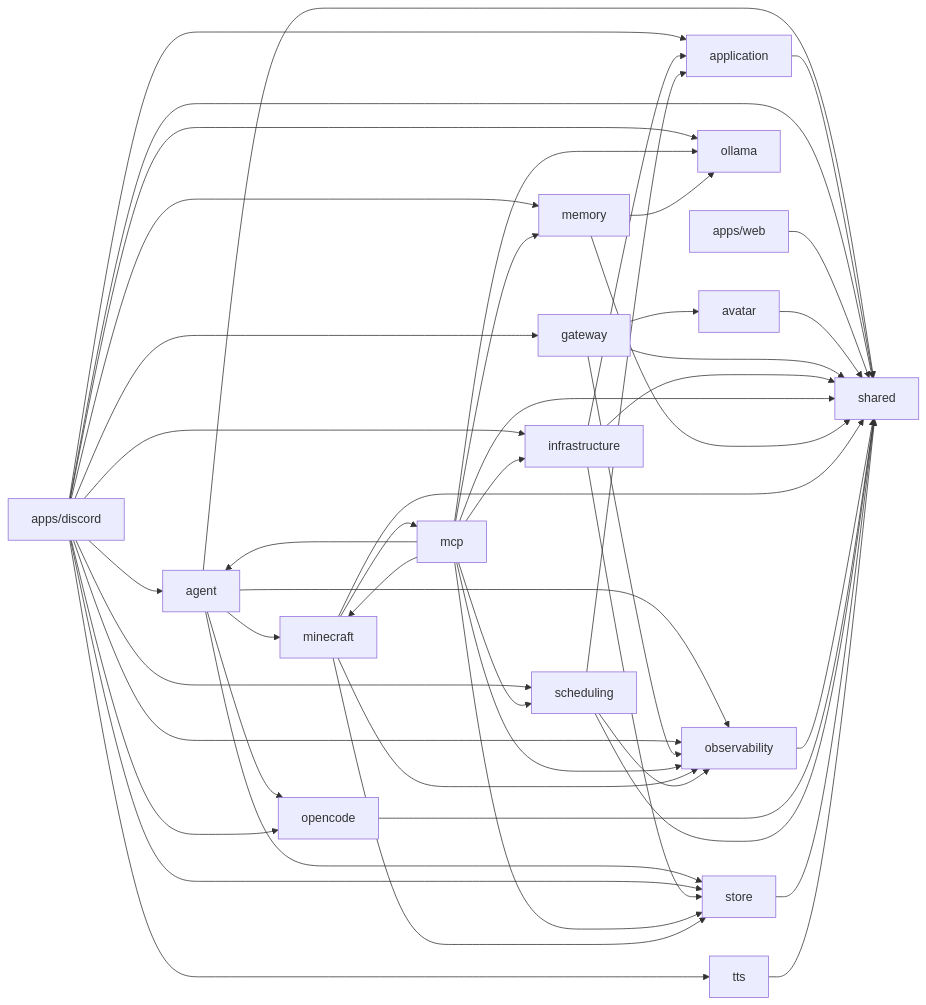
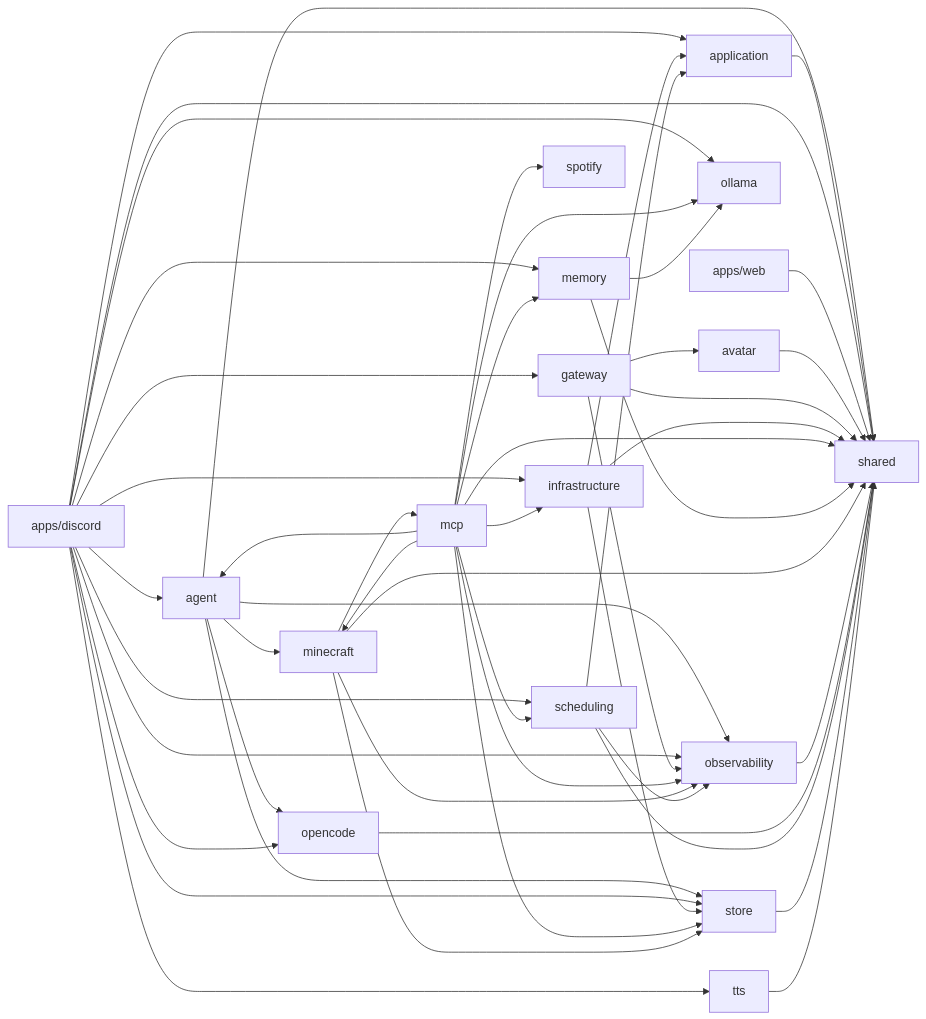
Before and after one commit to OJII3/vicissitude: the diagram in docs/DEPS.md, drawn with Mermaid. The commit also changed other lines of this file and 29 other files, not shown here.

````diff
--- a/docs/DEPS.md
+++ b/docs/DEPS.md
@@ -7,53 +7,55 @@
 ```mermaid
 graph LR
   agent --> minecraft
   agent --> observability
   agent --> opencode
   agent --> shared
   agent --> store
   application --> shared
   apps_discord["apps/discord"] --> agent
   apps_discord["apps/discord"] --> application
   apps_discord["apps/discord"] --> gateway
   apps_discord["apps/discord"] --> infrastructure
   apps_discord["apps/discord"] --> memory
   apps_discord["apps/discord"] --> observability
   apps_discord["apps/discord"] --> ollama
   apps_discord["apps/discord"] --> opencode
   apps_discord["apps/discord"] --> scheduling
   apps_discord["apps/discord"] --> shared
   apps_discord["apps/discord"] --> store
   apps_discord["apps/discord"] --> tts
   apps_web["apps/web"] --> shared
   avatar --> shared
   gateway --> avatar
   gateway --> observability
   gateway --> shared
   infrastructure --> application
   infrastructure --> shared
   infrastructure --> store
   mcp --> agent
   mcp --> infrastructure
   mcp --> memory
   mcp --> minecraft
   mcp --> observability
   mcp --> ollama
   mcp --> scheduling
   mcp --> shared
+  mcp --> spotify
   mcp --> store
   memory --> ollama
   memory --> shared
   minecraft --> mcp
   minecraft --> observability
   minecraft --> shared
   minecraft --> store
   observability --> shared
   ollama
   opencode --> shared
   scheduling --> application
   scheduling --> observability
   scheduling --> shared
   shared
+  spotify
   store --> shared
   tts --> shared
 ```
````
